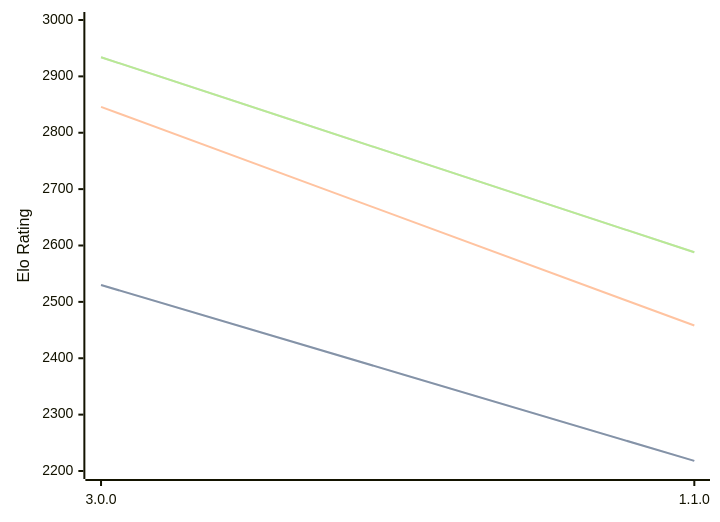
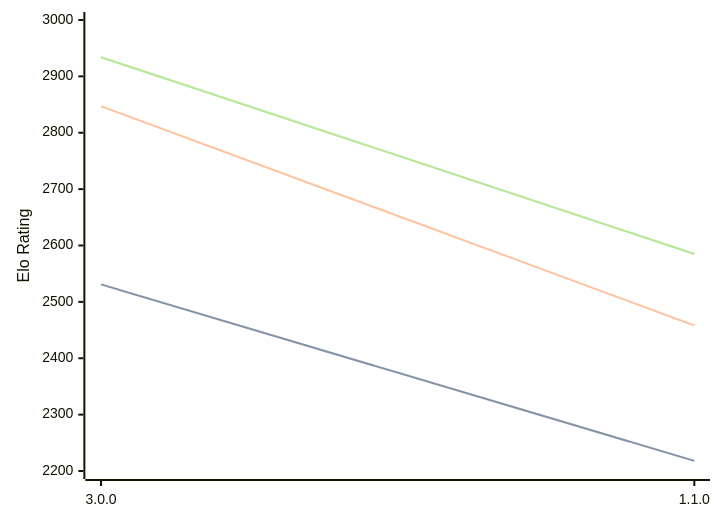
Before and after one commit to computer-chess-index/cci: the diagram in engines/Potential.md, drawn with Mermaid. The commit also changed other lines of this file, not shown here.

Commit message:
Update CCI Ratings (ELO VLTC) - 2026-05-22

````diff
--- a/engines/Potential.md
+++ b/engines/Potential.md
@@ -34,11 +34,11 @@
 ```mermaid
 %%{init: {"theme":"base","themeVariables":{"seriesColors:['#a3a3a3','#222221','#faa371']}}}%%
 xychart-beta
   x-axis ["3.0.0", "1.1.0"]
   y-axis "Elo Rating" 2200 --> 3000
-  line "STC (8.0+0.08s)" [2530, 2218]
-  line "STC (8.0+0.08s)" [2530, 2218]
-  line "LTC (60.0+0.60s)" [2846, 2458]
-  line "VLTC (2m24s+1.12s)" [2934, 2588]
-  line "VLTC (2m24s+1.12s)" [2934, 2588]
+  line "STC (8.0+0.08s)" [2531, 2218]
+  line "STC (8.0+0.08s)" [2531, 2218]
+  line "LTC (60.0+0.60s)" [2847, 2458]
+  line "VLTC (2m24s+1.12s)" [2934, 2585]
+  line "VLTC (2m24s+1.12s)" [2934, 2585]
 ```
````
